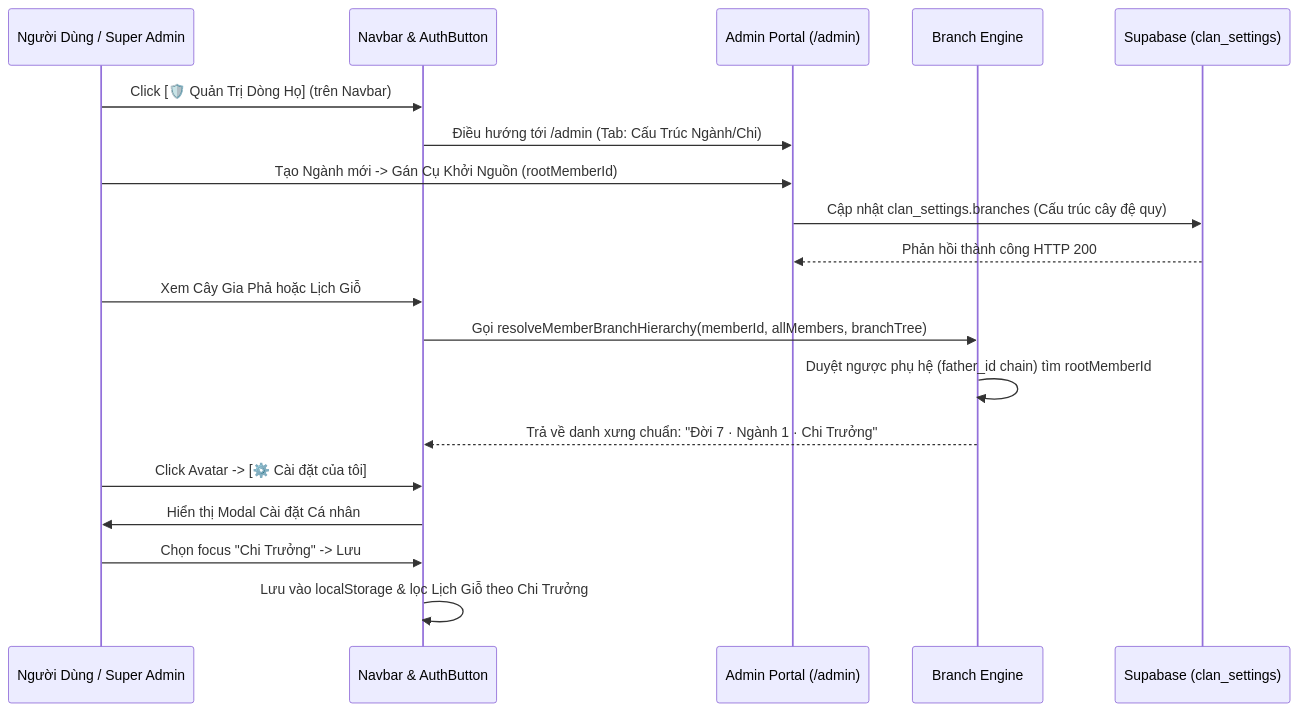
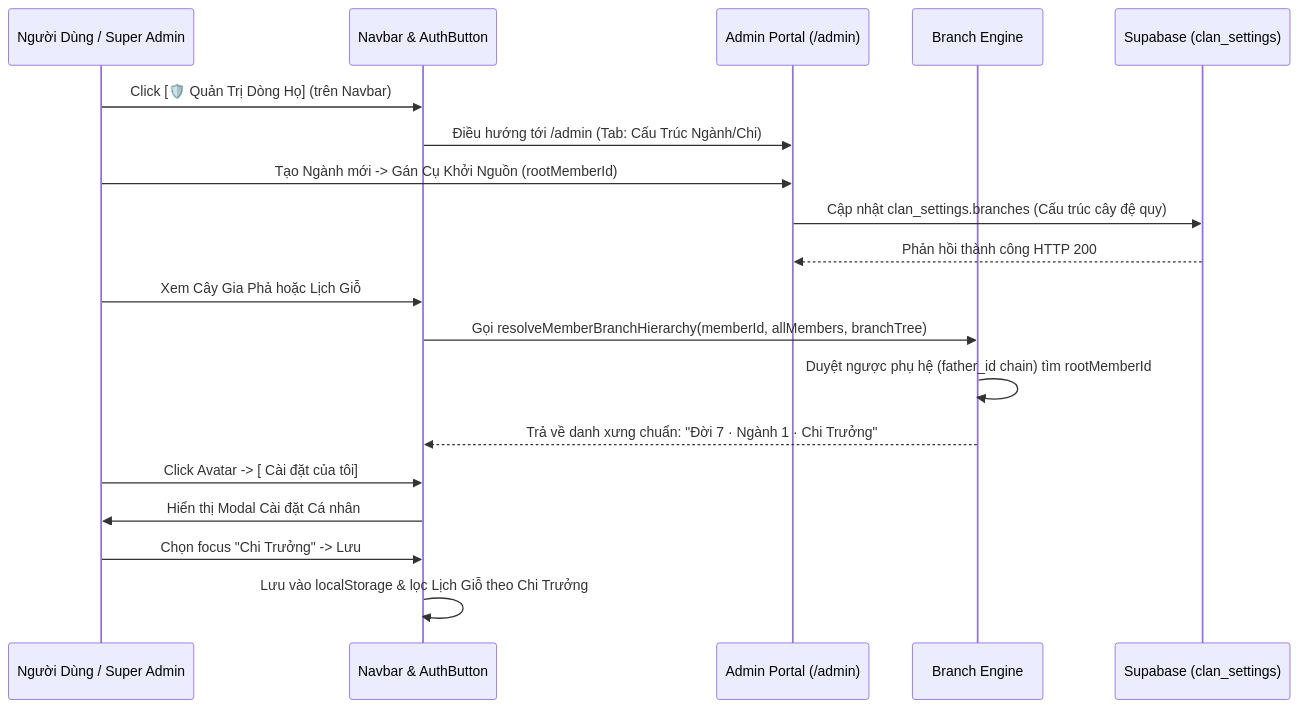
The diagram in docs/15_Micro-Spec_Milestone_6_Branch_Taxonomy_Admin_Portal.md (giappt/gia-pha), drawn with Mermaid before and after one commit. The commit also changed other lines of this file and 22 other files, not shown here.

````diff
--- a/docs/15_Micro-Spec_Milestone_6_Branch_Taxonomy_Admin_Portal.md
+++ b/docs/15_Micro-Spec_Milestone_6_Branch_Taxonomy_Admin_Portal.md
@@ -85,27 +85,27 @@
 ```mermaid
 sequenceDiagram
     participant U as Người Dùng / Super Admin
     participant N as Navbar & AuthButton
     participant A as Admin Portal (/admin)
     participant E as Branch Engine
     participant S as Supabase (clan_settings)
 
     %% Luồng 1: Super Admin quản lý cấu trúc Ngành/Chi
     U->>N: Click [🛡️ Quản Trị Dòng Họ] (trên Navbar)
     N->>A: Điều hướng tới /admin (Tab: Cấu Trúc Ngành/Chi)
     U->>A: Tạo Ngành mới -> Gán Cụ Khởi Nguồn (rootMemberId)
     A->>S: Cập nhật clan_settings.branches (Cấu trúc cây đệ quy)
     S-->>A: Phản hồi thành công HTTP 200
 
     %% Luồng 2: Kế thừa Gia Phả tự động
     U->>N: Xem Cây Gia Phả hoặc Lịch Giỗ
     N->>E: Gọi resolveMemberBranchHierarchy(memberId, allMembers, branchTree)
     E->>E: Duyệt ngược phụ hệ (father_id chain) tìm rootMemberId
     E-->>N: Trả về danh xưng chuẩn: "Đời 7 · Ngành 1 · Chi Trưởng"
 
     %% Luồng 3: Cài đặt cá nhân
-    U->>N: Click Avatar -> [⚙️ Cài đặt của tôi]
+    U->>N: Click Avatar -> [ Cài đặt của tôi]
     N->>U: Hiển thị Modal Cài đặt Cá nhân
     U->>N: Chọn focus "Chi Trưởng" -> Lưu
     N->>N: Lưu vào localStorage & lọc Lịch Giỗ theo Chi Trưởng
 ```
````
